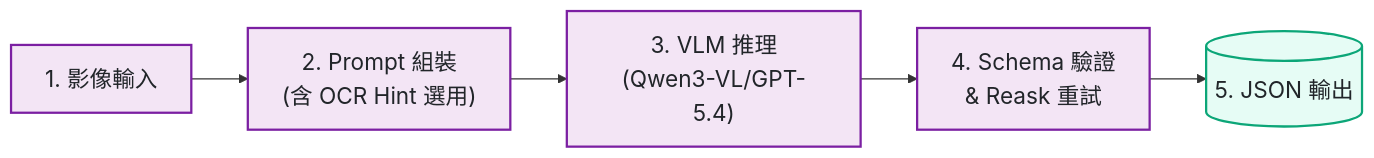
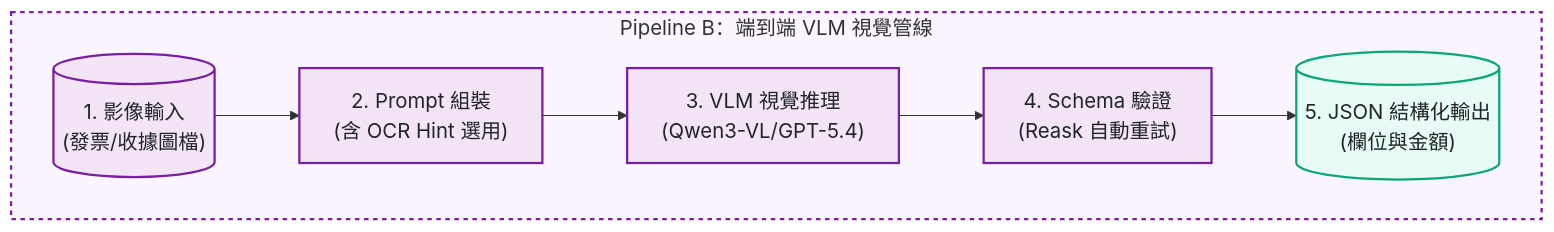
Before and after one commit to kuotunyu/receipt-ocr-vlm-benchmark: the second of 3 diagrams in README.md, drawn with Mermaid. The commit also changed other lines of this file, not shown here.

Commit message:
docs: apply high-end card container styles and semantic node shapes to OCR/VLM benchmark flowcharts

````diff
--- a/README.md
+++ b/README.md
@@ -47,11 +49,16 @@
 ```mermaid
-%%{init: {'themeVariables': {'fontSize': '20px'}}}%%
-flowchart LR
-    B1["1. 影像輸入"] --> B2["2. Prompt 組裝<br/>(含 OCR Hint 選用)"] --> B3["3. VLM 推理<br/>(Qwen3-VL/GPT-5.4)"] --> B4["4. Schema 驗證<br/>& Reask 重試"] --> B5[("5. JSON 輸出")]
+%%{init: {'themeVariables': {'fontSize': '18px'}}}%%
+flowchart TD
+    subgraph PipeB ["Pipeline B：端到端 VLM 視覺管線"]
+        direction LR
+        B1[("1. 影像輸入<br/>(發票/收據圖檔)")] --> B2["2. Prompt 組裝<br/>(含 OCR Hint 選用)"] --> B3["3. VLM 視覺推理<br/>(Qwen3-VL/GPT-5.4)"] --> B4["4. Schema 驗證<br/>(Reask 自動重試)"] --> B5[("5. JSON 結構化輸出<br/>(欄位與金額)")]
+    end
 
     classDef vlmStyle fill:#f3e5f5,stroke:#7b1fa2,stroke-width:2px,color:#212529
     classDef outStyle fill:#e6fcf5,stroke:#0ca678,stroke-width:2px,color:#212529
 
     class B1,B2,B3,B4 vlmStyle
     class B5 outStyle
+
+    style PipeB fill:#faf5ff,stroke:#7b1fa2,stroke-width:2px,stroke-dasharray: 4 4
 ```
````
